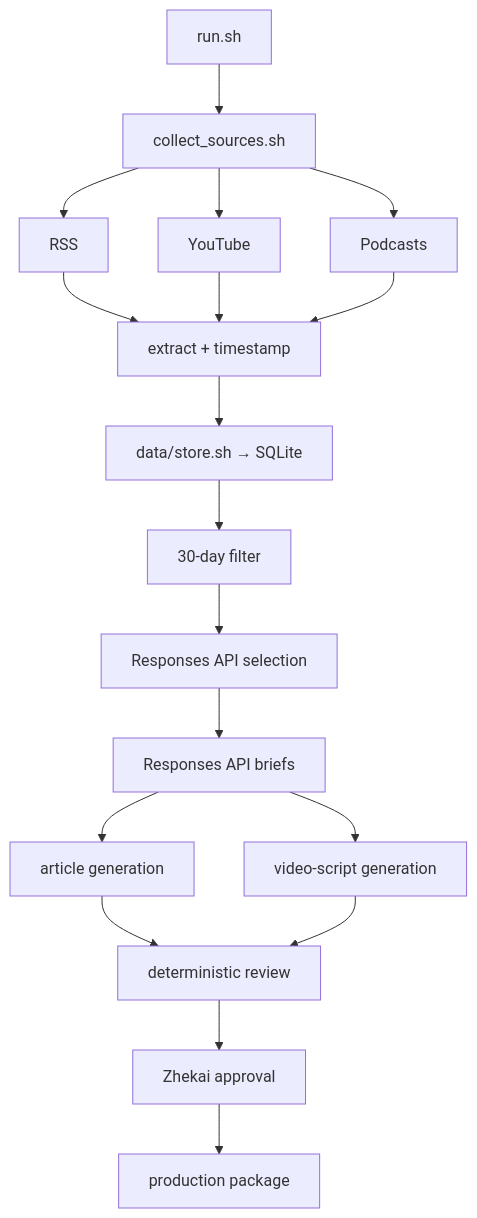
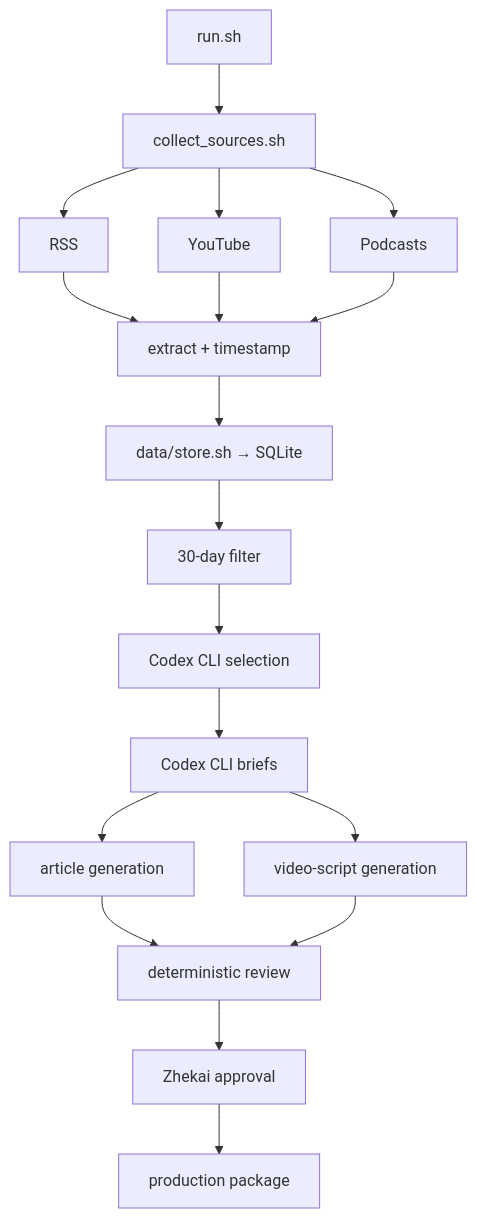
Before and after one commit to Zhekai-Li/ps04: the diagram in SUBMISSION.md, drawn with Mermaid. The commit also changed other lines of this file and 1065 other files, not shown here.

````diff
--- a/SUBMISSION.md
+++ b/SUBMISSION.md
@@ -78,17 +78,17 @@
 ```mermaid
 flowchart TD
     R[run.sh] --> C[collect_sources.sh]
     C --> F[RSS]
     C --> Y[YouTube]
     C --> P[Podcasts]
     F & Y & P --> E[extract + timestamp]
     E --> D[data/store.sh → SQLite]
     D --> W[30-day filter]
-    W --> S[Responses API selection]
-    S --> B[Responses API briefs]
+    W --> S[Codex CLI selection]
+    S --> B[Codex CLI briefs]
     B --> A[article generation]
     B --> V[video-script generation]
     A & V --> K[deterministic review]
     K --> H[Zhekai approval]
     H --> X[production package]
 ```
````
